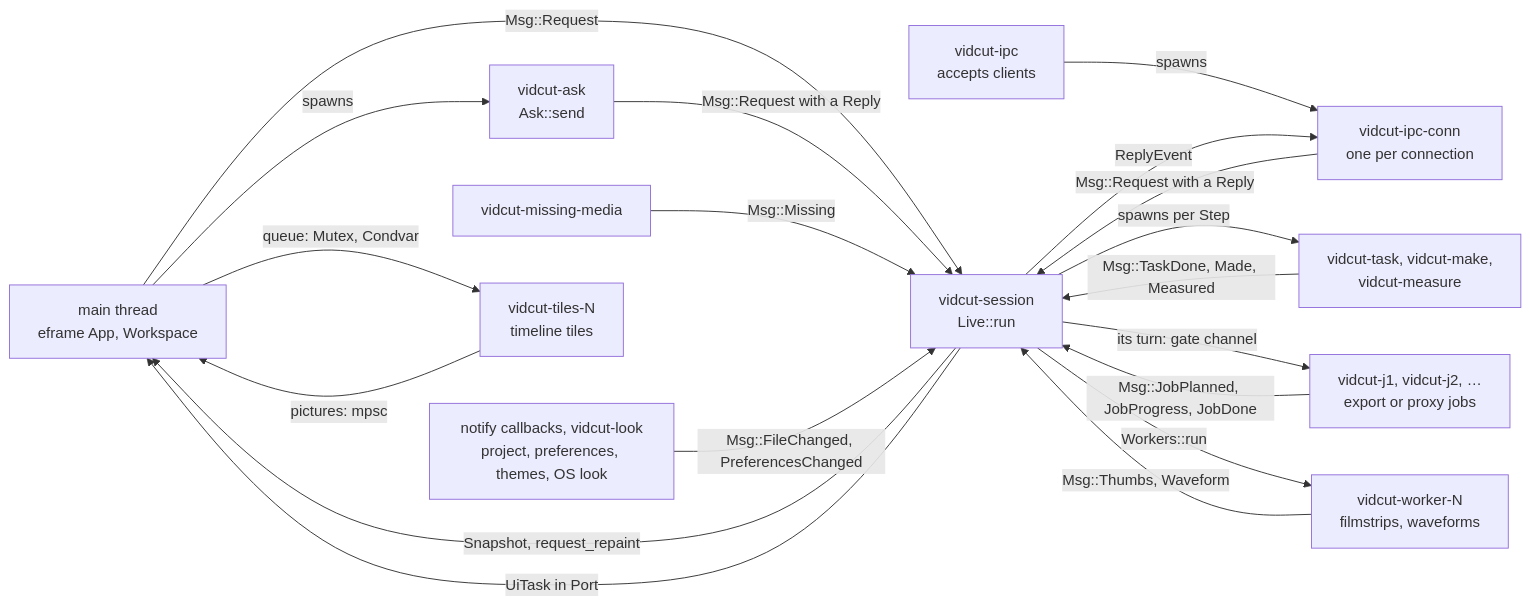
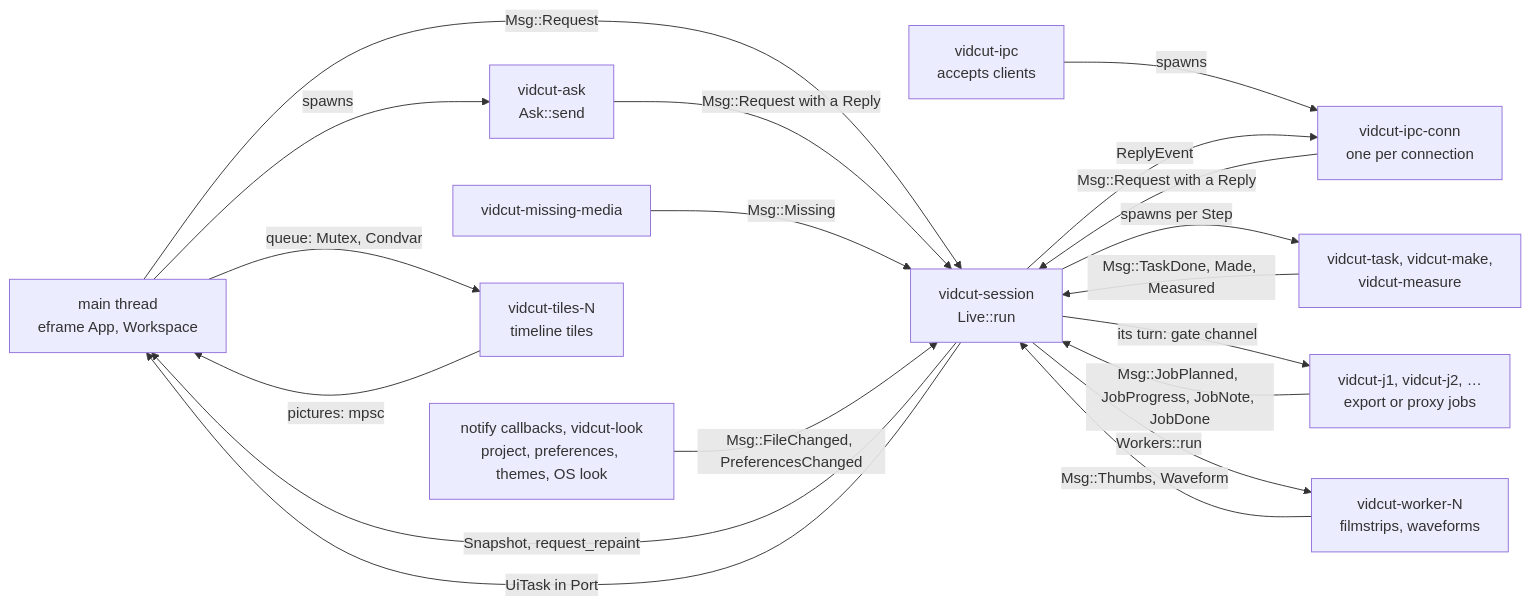
The first of 3 diagrams in docs/design/live.md (oittaa/vidcut), drawn with Mermaid before and after one commit. The commit also changed other lines of this file and 10 other files, not shown here.

````diff
--- a/docs/design/live.md
+++ b/docs/design/live.md
@@ -7,33 +15,33 @@
 ```mermaid
 flowchart LR
   UI["main thread<br>eframe App, Workspace"]
   S["vidcut-session<br>Live::run"]
   ASK["vidcut-ask<br>Ask::send"]
   IPC["vidcut-ipc<br>accepts clients"]
   CONN["vidcut-ipc-conn<br>one per connection"]
   STEP["vidcut-task, vidcut-make,<br>vidcut-measure"]
   JOB["vidcut-j1, vidcut-j2, …<br>export or proxy jobs"]
   WORK["vidcut-worker-N<br>filmstrips, waveforms"]
   MISS["vidcut-missing-media"]
   WATCH["notify callbacks, vidcut-look<br>project, preferences, themes, OS look"]
   TILES["vidcut-tiles-N<br>timeline tiles"]
 
   UI -->|"Msg::Request"| S
   S -->|"Snapshot, request_repaint"| UI
   S -->|"UiTask in Port"| UI
   UI -->|"spawns"| ASK
   ASK -->|"Msg::Request with a Reply"| S
   IPC -->|"spawns"| CONN
   CONN -->|"Msg::Request with a Reply"| S
   S -->|"ReplyEvent"| CONN
   S -->|"spawns per Step"| STEP
   STEP -->|"Msg::TaskDone, Made, Measured"| S
   S -->|"its turn: gate channel"| JOB
-  JOB -->|"Msg::JobPlanned, JobProgress, JobDone"| S
+  JOB -->|"Msg::JobPlanned, JobProgress, JobNote, JobDone"| S
   S -->|"Workers::run"| WORK
   WORK -->|"Msg::Thumbs, Waveform"| S
   MISS -->|"Msg::Missing"| S
   WATCH -->|"Msg::FileChanged, PreferencesChanged"| S
   UI -->|"queue: Mutex, Condvar"| TILES
   TILES -->|"pictures: mpsc"| UI
 ```
````
